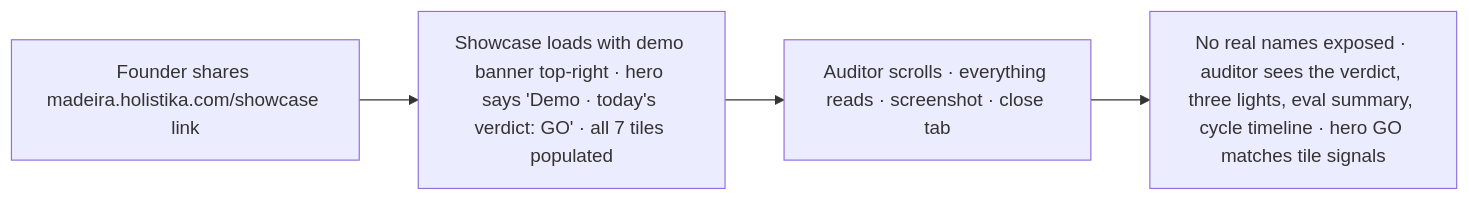
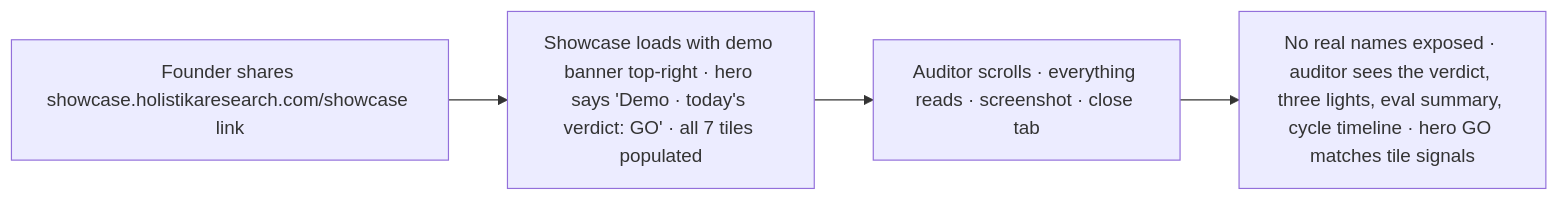
Before and after one commit to FraysaXII/openclaw-akos: the fifth of 5 diagrams in docs/wip/planning/62-mission-control/reports/impeccable-journeys-mc-2026-05-07.md, drawn with Mermaid. The commit also changed other lines of this file and 28 other files, not shown here.

First line of the commit message:
docs(i96): strip holistika.com from KB; holistikaresearch.com-only subdomain registry

````diff
--- a/docs/wip/planning/62-mission-control/reports/impeccable-journeys-mc-2026-05-07.md
+++ b/docs/wip/planning/62-mission-control/reports/impeccable-journeys-mc-2026-05-07.md
@@ -81,8 +81,8 @@
 ```mermaid
 flowchart LR
-  trigger["Founder shares madeira.holistika.com/showcase link"]
+  trigger["Founder shares showcase.holistikaresearch.com/showcase link"]
   glance["Showcase loads with demo banner top-right · hero says 'Demo · today's verdict: GO' · all 7 tiles populated"]
   action["Auditor scrolls · everything reads · screenshot · close tab"]
   outcome["No real names exposed · auditor sees the verdict, three lights, eval summary, cycle timeline · hero GO matches tile signals"]
   trigger --> glance --> action --> outcome
 ```
````
